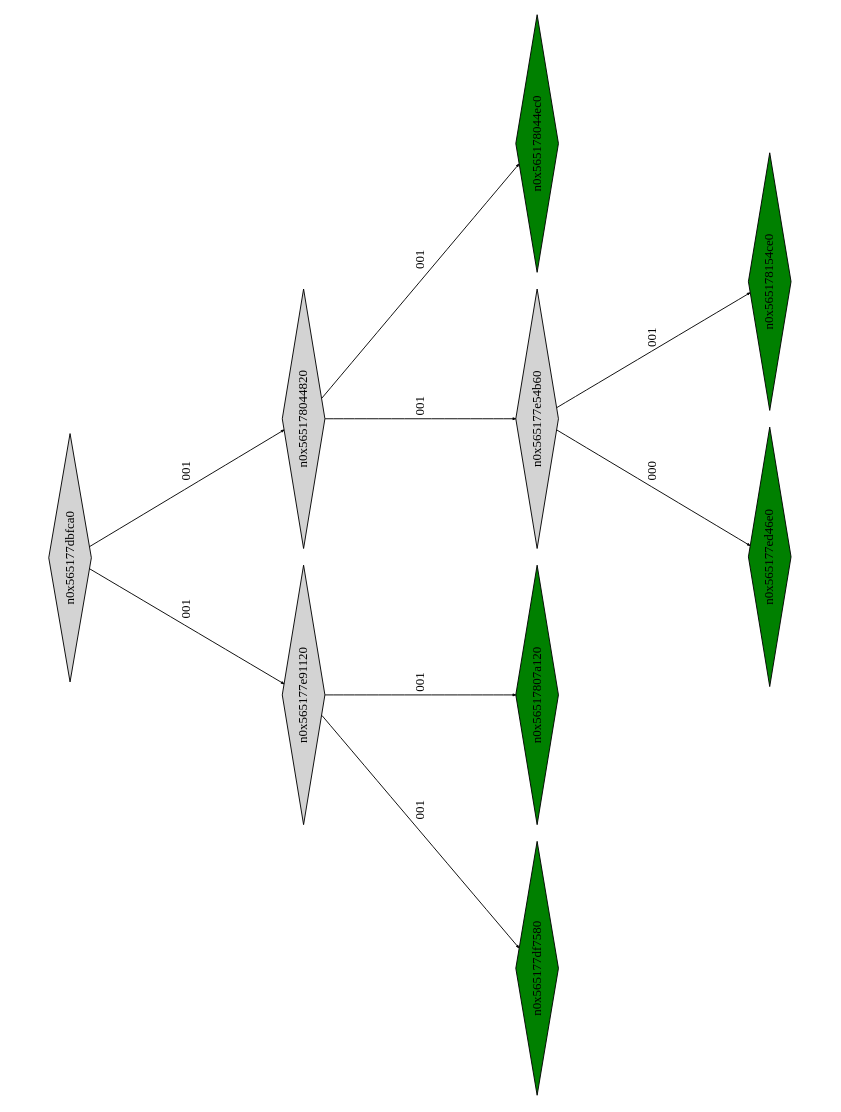
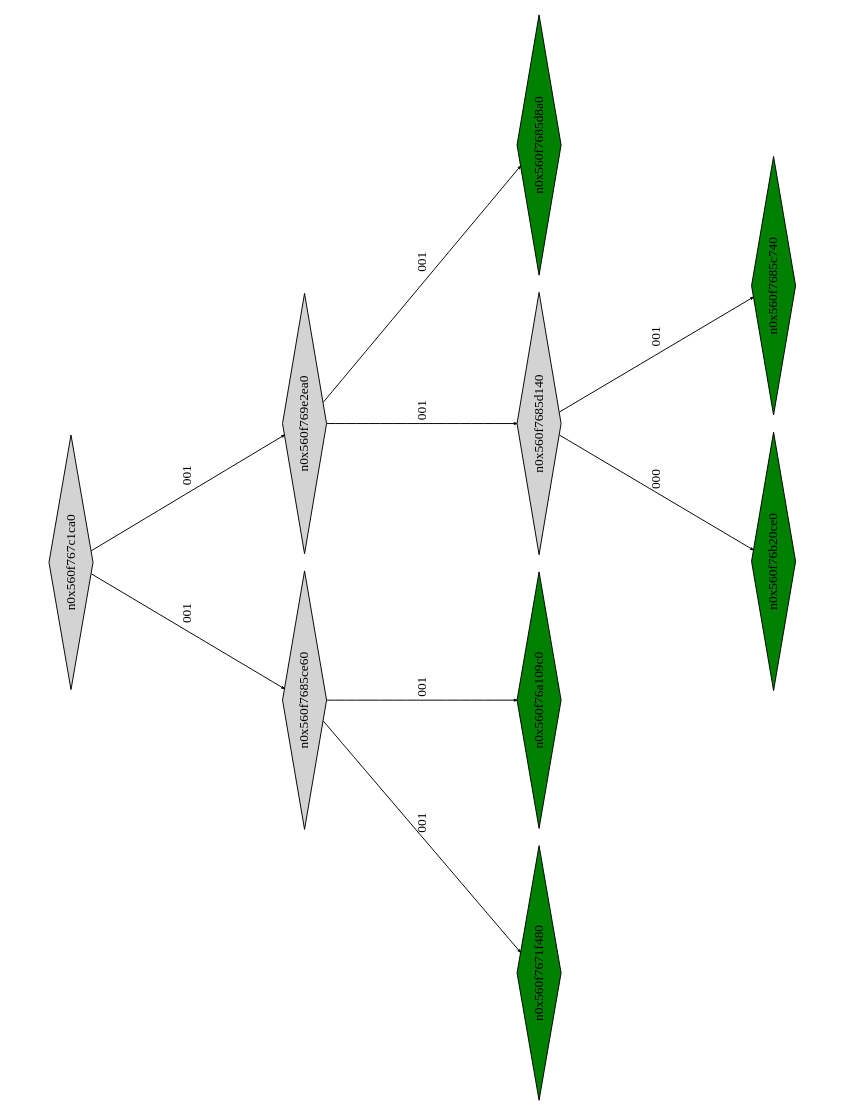
One commit to Research-Tools-PAVT/PSE-Program-Examples changed the diagram in montyhall_klee_out/ptree_00001040.dot. Above: the diagram before and after it, drawn with Graphviz. The commit also changed 36 other files, not shown here.

```diff
--- a/montyhall_klee_out/ptree_00001040.dot
+++ b/montyhall_klee_out/ptree_00001040.dot
@@ -1,25 +1,25 @@
 digraph G {
 	size="10,7.5";
 	ratio=fill;
 	rotate=90;
 	center = "true";
 	node [style="filled",width=.1,height=.1,fontname="Terminus"]
 	edge [arrowsize=.3]
-	n0x565177dbfca0 [shape=diamond];
-	n0x565177dbfca0 -> n0x565177e91120 [label=001];
-	n0x565177dbfca0 -> n0x565178044820 [label=001];
-	n0x565178044820 [shape=diamond];
-	n0x565178044820 -> n0x565177e54b60 [label=001];
-	n0x565178044820 -> n0x565178044ec0 [label=001];
-	n0x565178044ec0 [shape=diamond,fillcolor=green];
-	n0x565177e54b60 [shape=diamond];
-	n0x565177e54b60 -> n0x565177ed46e0 [label=000];
-	n0x565177e54b60 -> n0x565178154ce0 [label=001];
-	n0x565178154ce0 [shape=diamond,fillcolor=green];
-	n0x565177ed46e0 [shape=diamond,fillcolor=green];
-	n0x565177e91120 [shape=diamond];
-	n0x565177e91120 -> n0x565177df7580 [label=001];
-	n0x565177e91120 -> n0x56517807a120 [label=001];
-	n0x56517807a120 [shape=diamond,fillcolor=green];
-	n0x565177df7580 [shape=diamond,fillcolor=green];
+	n0x560f767c1ca0 [shape=diamond];
+	n0x560f767c1ca0 -> n0x560f7685ce60 [label=001];
+	n0x560f767c1ca0 -> n0x560f769e2ea0 [label=001];
+	n0x560f769e2ea0 [shape=diamond];
+	n0x560f769e2ea0 -> n0x560f7685d140 [label=001];
+	n0x560f769e2ea0 -> n0x560f7685d8a0 [label=001];
+	n0x560f7685d8a0 [shape=diamond,fillcolor=green];
+	n0x560f7685d140 [shape=diamond];
+	n0x560f7685d140 -> n0x560f76b20ce0 [label=000];
+	n0x560f7685d140 -> n0x560f7685c740 [label=001];
+	n0x560f7685c740 [shape=diamond,fillcolor=green];
+	n0x560f76b20ce0 [shape=diamond,fillcolor=green];
+	n0x560f7685ce60 [shape=diamond];
+	n0x560f7685ce60 -> n0x560f7671f480 [label=001];
+	n0x560f7685ce60 -> n0x560f76a109c0 [label=001];
+	n0x560f76a109c0 [shape=diamond,fillcolor=green];
+	n0x560f7671f480 [shape=diamond,fillcolor=green];
 }
```
